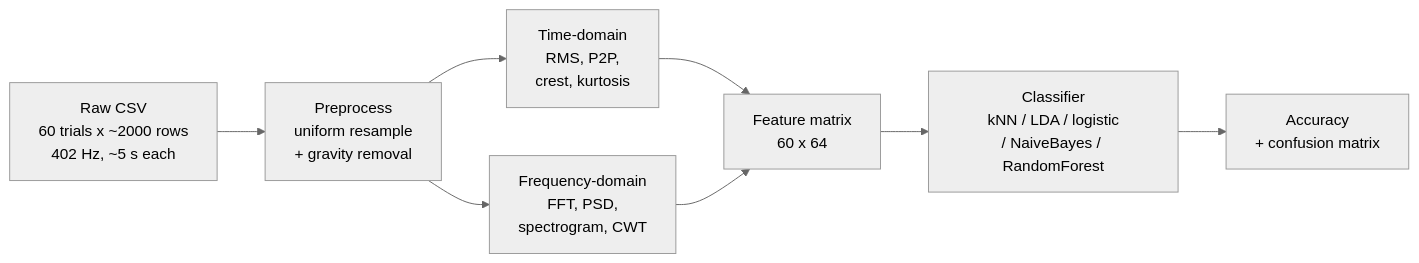
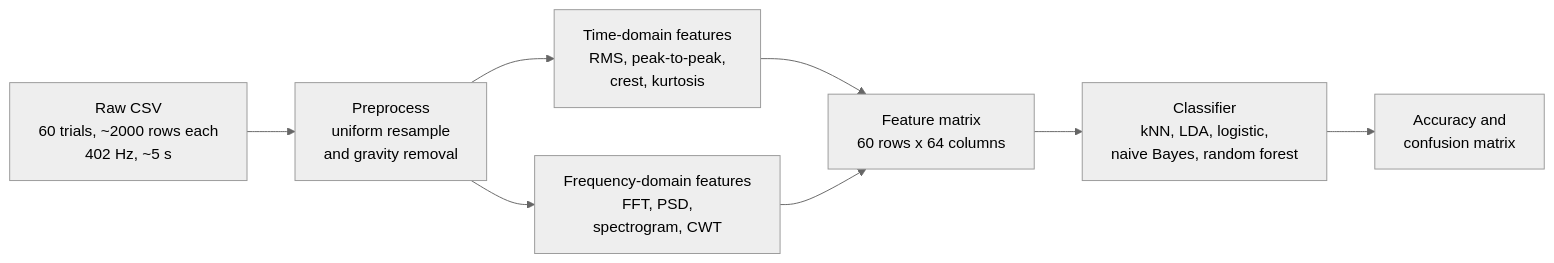
The diagram in REPORT.md (skmdJeesan/Smartphone-Based-Vibration-Signature-Analysis), drawn with Mermaid (neutral theme) before and after one commit. The commit also changed other lines of this file and 27 other files, not shown here.

````diff
--- a/REPORT.md
+++ b/REPORT.md
@@ -32,10 +32,10 @@
 ```mermaid
 flowchart LR
-  A["Raw CSV<br/>60 trials x ~2000 rows<br/>402 Hz, ~5 s each"] --> B["Preprocess<br/>uniform resample<br/>+ gravity removal"]
-  B --> C["Time-domain<br/>RMS, P2P,<br/>crest, kurtosis"]
-  B --> D["Frequency-domain<br/>FFT, PSD,<br/>spectrogram, CWT"]
-  C --> E["Feature matrix<br/>60 x 64"]
+  A["Raw CSV<br/>60 trials, ~2000 rows each<br/>402 Hz, ~5 s"] --> B["Preprocess<br/>uniform resample<br/>and gravity removal"]
+  B --> C["Time-domain features<br/>RMS, peak-to-peak,<br/>crest, kurtosis"]
+  B --> D["Frequency-domain features<br/>FFT, PSD,<br/>spectrogram, CWT"]
+  C --> E["Feature matrix<br/>60 rows x 64 columns"]
   D --> E
-  E --> F["Classifier<br/>kNN / LDA / logistic<br/>/ NaiveBayes / RandomForest"]
-  F --> G["Accuracy<br/>+ confusion matrix"]
+  E --> F["Classifier<br/>kNN, LDA, logistic,<br/>naive Bayes, random forest"]
+  F --> G["Accuracy and<br/>confusion matrix"]
 ```
````
